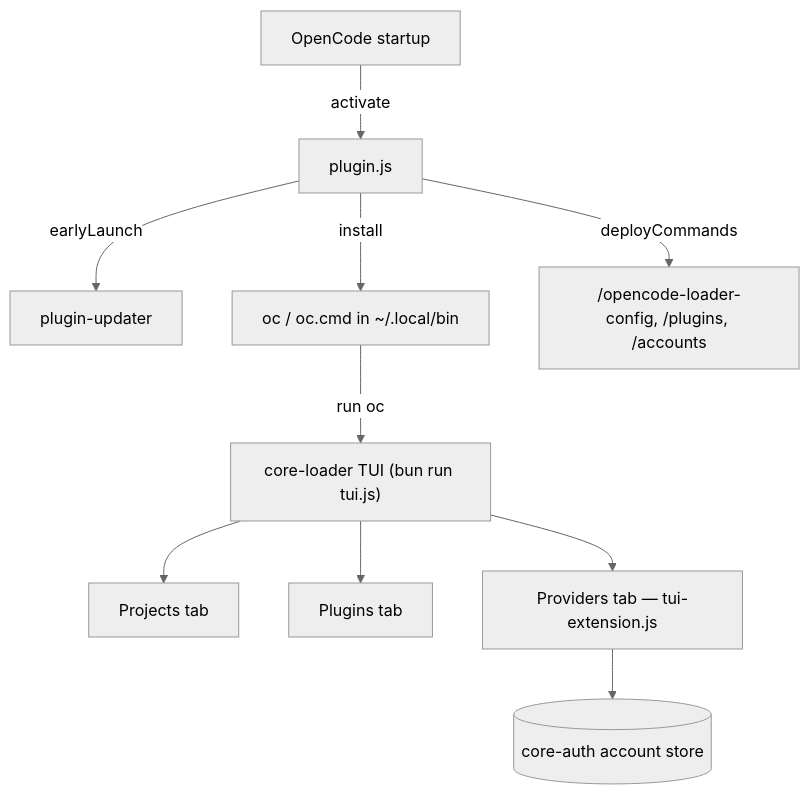
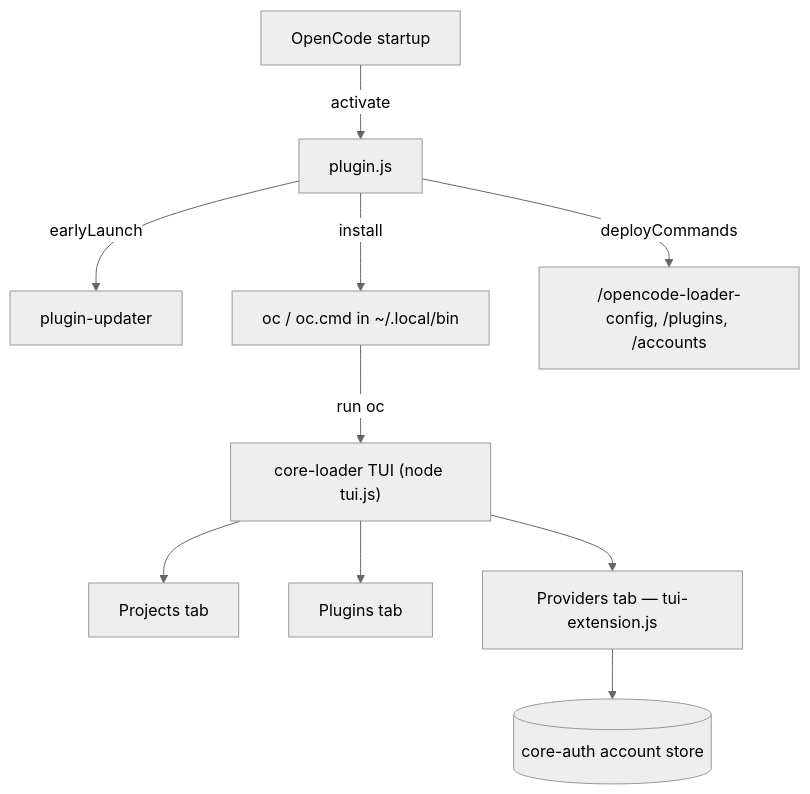
One commit to intisy-ai/opencode-loader changed the diagram in README.md. Above: the diagram before and after it, drawn with Mermaid (neutral theme). The commit also changed other lines of this file and 1 other file, not shown here.

Commit message:
fix: run the TUI under node (no Bun required); bump core-loader -> 44b9cf2
cc/oc wrappers now launch the TUI + auth flow with `node` instead of `bun run`, and
gate on `node` availability. Combined with core-loader's node:sqlite fallback this
makes the loader work on Windows/machines without Bun ("'bun' is not recognized").

````diff
--- a/README.md
+++ b/README.md
@@ -11,12 +11,12 @@
 ```mermaid
 flowchart TD
     START[OpenCode startup] -->|activate| PLUGIN[plugin.js]
     PLUGIN -->|earlyLaunch| UPDATER[plugin-updater]
     PLUGIN -->|install| OCBIN["oc / oc.cmd in ~/.local/bin"]
     PLUGIN -->|deployCommands| CMDS["/opencode-loader-config, /plugins, /accounts"]
-    OCBIN -->|run oc| TUI["core-loader TUI (bun run tui.js)"]
+    OCBIN -->|run oc| TUI["core-loader TUI (node tui.js)"]
     TUI --> PROJ[Projects tab]
     TUI --> PLUG[Plugins tab]
     TUI --> PROV[Providers tab — tui-extension.js]
     PROV --> COREAUTH[(core-auth account store)]
 ```
````
